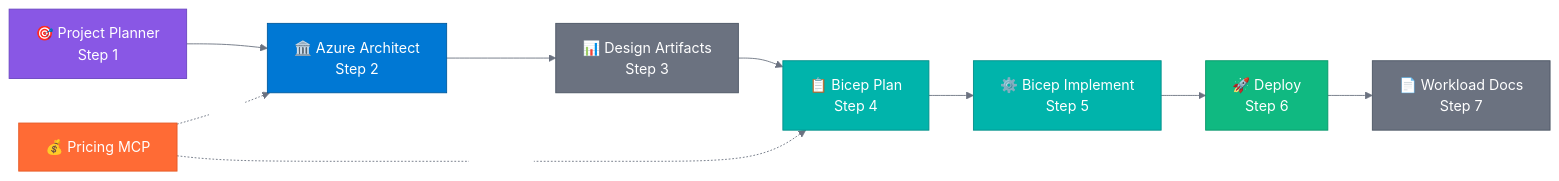
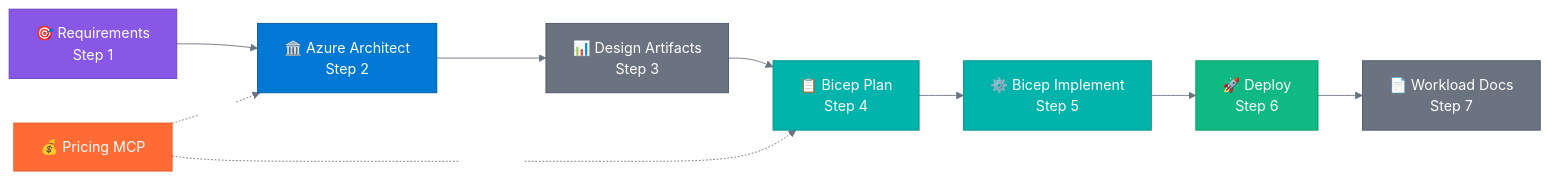
Before and after one commit to SmitaCnovate/azure-agentic-infraops: the diagram in README.md, drawn with Mermaid. The commit also changed other lines of this file and 30 other files, not shown here.

First line of the commit message:
feat(agents): rename @plan agent to @requirements

````diff
--- a/README.md
+++ b/README.md
@@ -54,19 +54,19 @@
 ```mermaid
 %%{init: {'theme':'base', 'themeVariables': {'primaryColor': '#0078D4', 'primaryTextColor': '#ffffff', 'primaryBorderColor': '#005A9E', 'lineColor': '#6B7280', 'secondaryColor': '#00B4AB', 'tertiaryColor': '#8957E5', 'background': '#ffffff', 'mainBkg': '#ffffff', 'nodeBorder': '#005A9E', 'clusterBkg': '#F3F4F6', 'titleColor': '#1F2937', 'edgeLabelBackground': '#ffffff'}}}%%
 graph LR
-    P["🎯 Project Planner<br/>Step 1"]:::plan --> A["🏛️ Azure Architect<br/>Step 2"]:::architect
+    P["🎯 Requirements<br/>Step 1"]:::plan --> A["🏛️ Azure Architect<br/>Step 2"]:::architect
     A --> D3["📊 Design Artifacts<br/>Step 3"]:::artifact
     D3 --> B["📋 Bicep Plan<br/>Step 4"]:::bicep
     B --> I["⚙️ Bicep Implement<br/>Step 5"]:::bicep
     I --> DEP["🚀 Deploy<br/>Step 6"]:::deploy
     DEP --> D7["📄 Workload Docs<br/>Step 7"]:::artifact
     MCP["💰 Pricing MCP"]:::pricing -.->|costs| A
     MCP -.->|validation| B
 
     classDef plan fill:#8957E5,stroke:#6B46C1,color:#fff
     classDef architect fill:#0078D4,stroke:#005A9E,color:#fff
     classDef bicep fill:#00B4AB,stroke:#008F89,color:#fff
     classDef pricing fill:#FF6B35,stroke:#E55A25,color:#fff
     classDef artifact fill:#6B7280,stroke:#4B5563,color:#fff
     classDef deploy fill:#10B981,stroke:#059669,color:#fff
 ```
````
